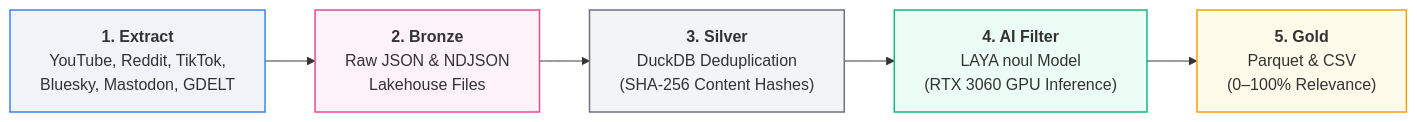
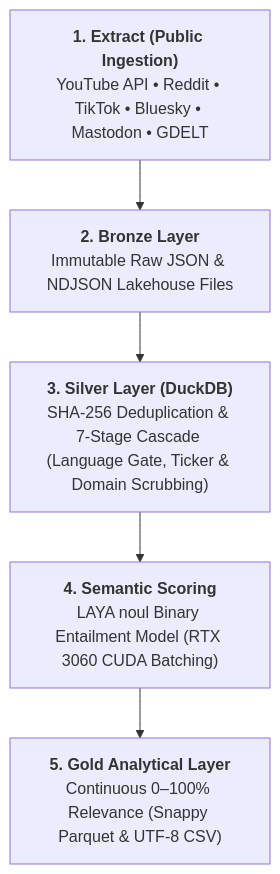
The first of 2 diagrams in README.md (jacob-cob-null/scrape_silica), drawn with Mermaid before and after one commit. The commit also changed other lines of this file and 6 other files, not shown here.

First line of the commit message:
docs(readme,eval): fix diagram readability, update model plot, and add corpus distribution chart

````diff
--- a/README.md
+++ b/README.md
@@ -14,13 +14,7 @@
 ```mermaid
-flowchart LR
-    A["<b>1. Extract</b><br/>YouTube, Reddit, TikTok,<br/>Bluesky, Mastodon, GDELT"] --> B["<b>2. Bronze</b><br/>Raw JSON & NDJSON<br/>Lakehouse Files"]
-    B --> C["<b>3. Silver</b><br/>DuckDB Deduplication<br/>(SHA-256 Content Hashes)"]
-    C --> D["<b>4. AI Filter</b><br/>LAYA noul Model<br/>(RTX 3060 GPU Inference)"]
-    D --> E["<b>5. Gold</b><br/>Parquet & CSV<br/>(0–100% Relevance)"]
-
-    style A fill:#f0f4f8,stroke:#3b82f6,stroke-width:1.5px
-    style B fill:#fdf2f8,stroke:#ec4899,stroke-width:1.5px
-    style C fill:#f3f4f6,stroke:#6b7280,stroke-width:1.5px
-    style D fill:#ecfdf5,stroke:#10b981,stroke-width:1.5px
-    style E fill:#fffbeb,stroke:#f59e0b,stroke-width:1.5px
+flowchart TD
+    A["<b>1. Extract (Public Ingestion)</b><br/>YouTube API • Reddit • TikTok • Bluesky • Mastodon • GDELT"] --> B["<b>2. Bronze Layer</b><br/>Immutable Raw JSON & NDJSON Lakehouse Files"]
+    B --> C["<b>3. Silver Layer (DuckDB)</b><br/>SHA-256 Deduplication & 7-Stage Cascade (Language Gate, Ticker & Domain Scrubbing)"]
+    C --> D["<b>4. Semantic Scoring</b><br/>LAYA noul Binary Entailment Model (RTX 3060 CUDA Batching)"]
+    D --> E["<b>5. Gold Analytical Layer</b><br/>Continuous 0–100% Relevance (Snappy Parquet & UTF-8 CSV)"]
 ```
````
